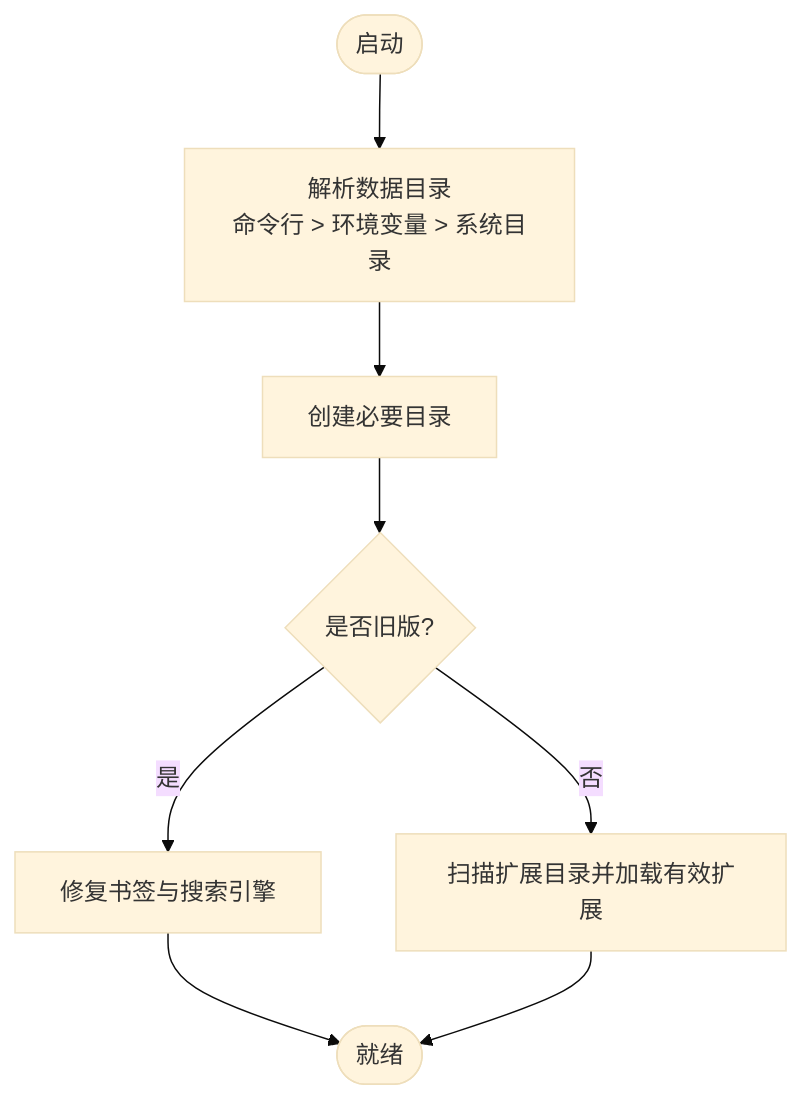
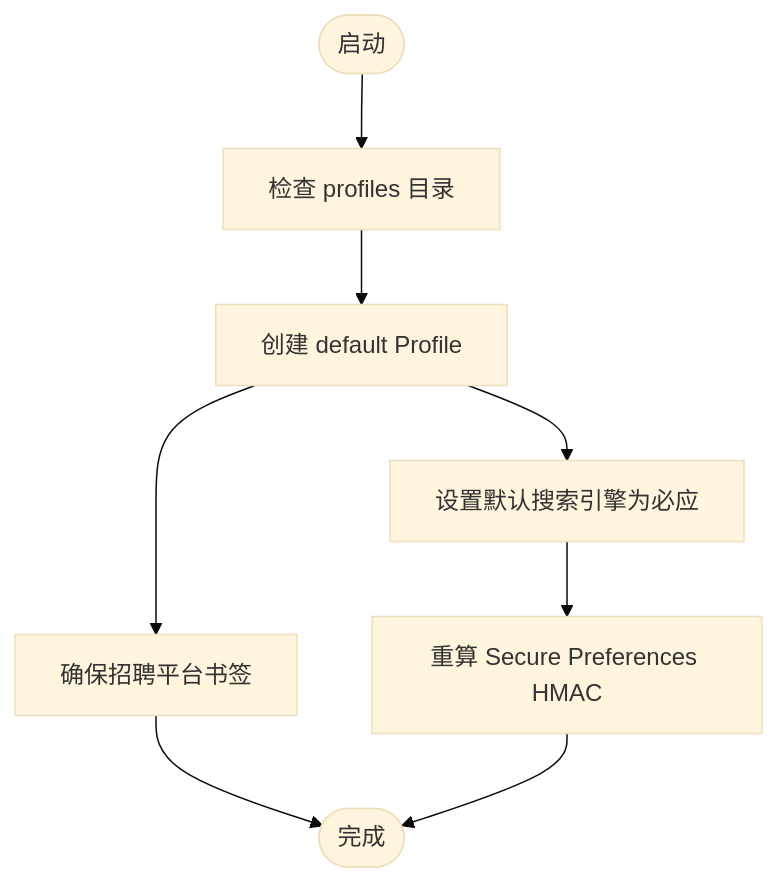
Before and after one commit to alvinwangzi/goodhr: the third of 4 diagrams in .qoder/repowiki/zh/content/本地执行器/核心架构/配置管理.md, drawn with Mermaid (base theme). The commit also changed other lines of this file and 149 other files, not shown here.

````diff
--- a/.qoder/repowiki/zh/content/本地执行器/核心架构/配置管理.md
+++ b/.qoder/repowiki/zh/content/本地执行器/核心架构/配置管理.md
@@ -217,10 +179,10 @@
 ```mermaid
 flowchart TD
-Start(["启动"]) --> ResolveDataDir["解析数据目录<br/>命令行 > 环境变量 > 系统目录"]
-ResolveDataDir --> CreateDirs["创建必要目录"]
-CreateDirs --> InitBrowserProfile{"是否旧版?"}
-InitBrowserProfile --> |是| EnsureBookmarks["修复书签与搜索引擎"]
-InitBrowserProfile --> |否| LoadExtensions["扫描扩展目录并加载有效扩展"]
-EnsureBookmarks --> Ready(["就绪"])
-LoadExtensions --> Ready
+Start(["启动"]) --> CheckProfiles["检查 profiles 目录"]
+CheckProfiles --> CreateDefault["创建 default Profile"]
+CreateDefault --> Bookmarks["确保招聘平台书签"]
+CreateDefault --> Search["设置默认搜索引擎为必应"]
+Search --> HMAC["重算 Secure Preferences HMAC"]
+Bookmarks --> End(["完成"])
+HMAC --> End
 ```
````
